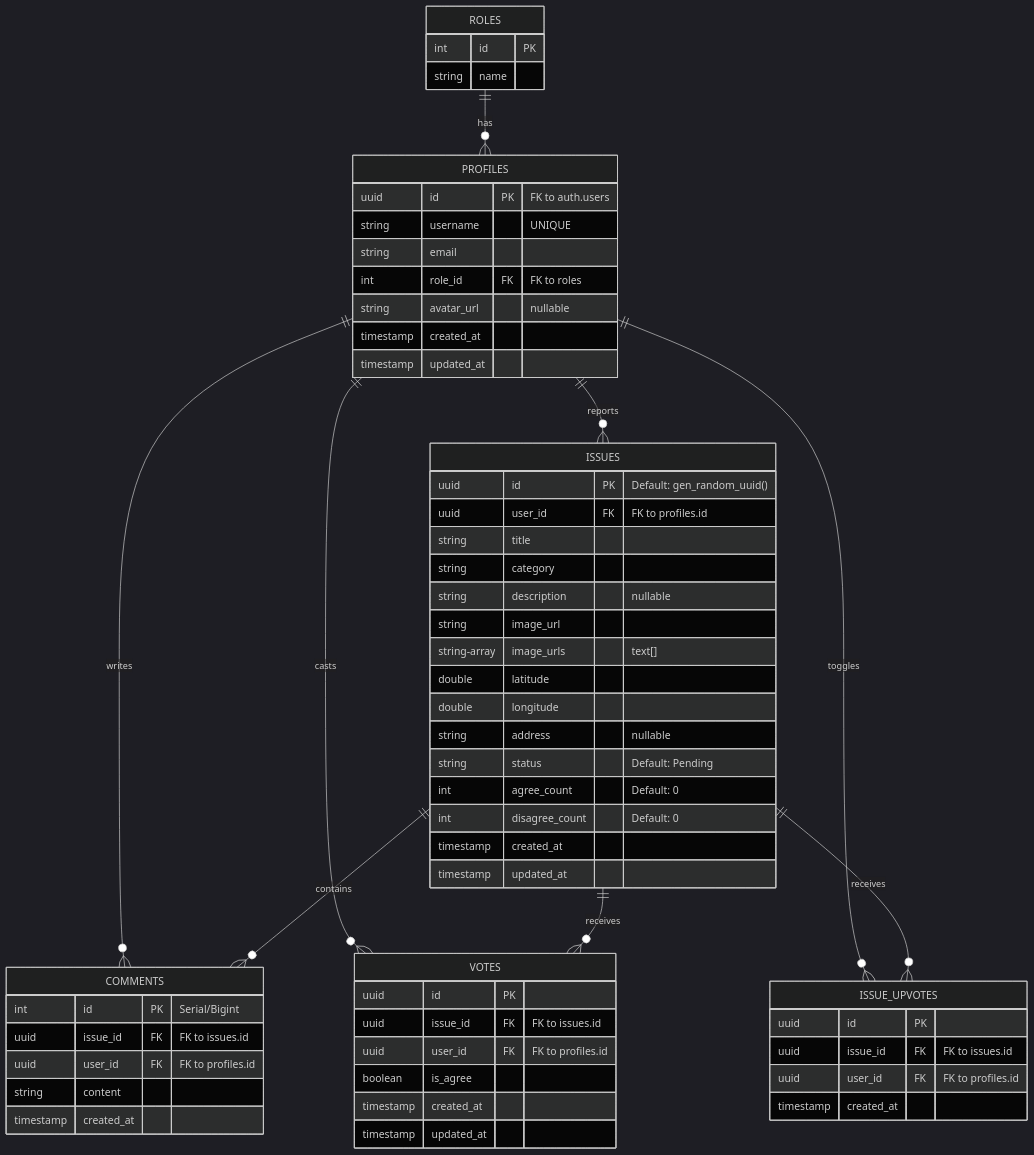
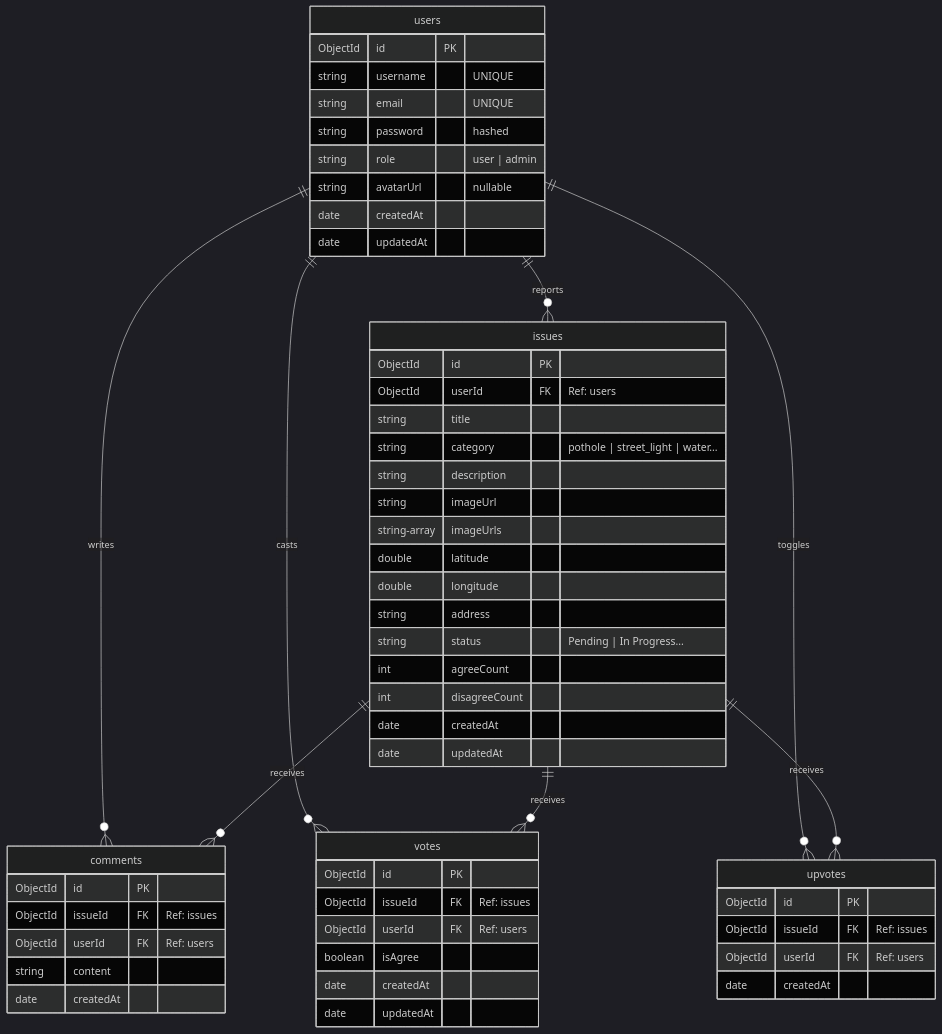
One commit to Varunpatel586/Civic_Connect changed the diagram in docs/database_schema.md. Above: the diagram before and after it, drawn with Mermaid (dark theme). The commit also changed other lines of this file and 38 other files, not shown here.

First line of the commit message:
feat: migrate database and backend architecture from Supabase to Node.js & MongoDB

````diff
--- a/docs/database_schema.md
+++ b/docs/database_schema.md
@@ -9,63 +11,59 @@
 ```mermaid
 erDiagram
-    ROLES {
-        int id PK
-        string name
+    users {
+        ObjectId id PK
+        string username "UNIQUE"
+        string email "UNIQUE"
+        string password "hashed"
+        string role "user | admin"
+        string avatarUrl "nullable"
+        date createdAt
+        date updatedAt
     }
-    PROFILES {
-        uuid id PK "FK to auth.users"
-        string username "UNIQUE"
-        string email
-        int role_id FK "FK to roles"
-        string avatar_url "nullable"
-        timestamp created_at
-        timestamp updated_at
-    }
-    ISSUES {
-        uuid id PK "Default: gen_random_uuid()"
-        uuid user_id FK "FK to profiles.id"
+    issues {
+        ObjectId id PK
+        ObjectId userId FK "Ref: users"
         string title
-        string category
-        string description "nullable"
-        string image_url
-        string-array image_urls "text[]"
+        string category "pothole | street_light | water..."
+        string description
+        string imageUrl
+        string-array imageUrls
         double latitude
         double longitude
-        string address "nullable"
-        string status "Default: Pending"
-        int agree_count "Default: 0"
-        int disagree_count "Default: 0"
-        timestamp created_at
-        timestamp updated_at
+        string address
+        string status "Pending | In Progress..."
+        int agreeCount
+        int disagreeCount
+        date createdAt
+        date updatedAt
     }
-    COMMENTS {
-        int id PK "Serial/Bigint"
-        uuid issue_id FK "FK to issues.id"
-        uuid user_id FK "FK to profiles.id"
+    comments {
+        ObjectId id PK
+        ObjectId issueId FK "Ref: issues"
+        ObjectId userId FK "Ref: users"
         string content
-        timestamp created_at
+        date createdAt
     }
-    VOTES {
-        uuid id PK
-        uuid issue_id FK "FK to issues.id"
-        uuid user_id FK "FK to profiles.id"
-        boolean is_agree
-        timestamp created_at
-        timestamp updated_at
+    votes {
+        ObjectId id PK
+        ObjectId issueId FK "Ref: issues"
+        ObjectId userId FK "Ref: users"
+        boolean isAgree
+        date createdAt
+        date updatedAt
     }
-    ISSUE_UPVOTES {
-        uuid id PK
-        uuid issue_id FK "FK to issues.id"
-        uuid user_id FK "FK to profiles.id"
-        timestamp created_at
+    upvotes {
+        ObjectId id PK
+        ObjectId issueId FK "Ref: issues"
+        ObjectId userId FK "Ref: users"
+        date createdAt
     }
 
-    ROLES ||--o{ PROFILES : "has"
-    PROFILES ||--o{ ISSUES : "reports"
-    PROFILES ||--o{ COMMENTS : "writes"
-    PROFILES ||--o{ VOTES : "casts"
-    PROFILES ||--o{ ISSUE_UPVOTES : "toggles"
-    ISSUES ||--o{ COMMENTS : "contains"
-    ISSUES ||--o{ VOTES : "receives"
-    ISSUES ||--o{ ISSUE_UPVOTES : "receives"
+    users ||--o{ issues : "reports"
+    users ||--o{ comments : "writes"
+    users ||--o{ votes : "casts"
+    users ||--o{ upvotes : "toggles"
+    issues ||--o{ comments : "receives"
+    issues ||--o{ votes : "receives"
+    issues ||--o{ upvotes : "receives"
 ```
````
